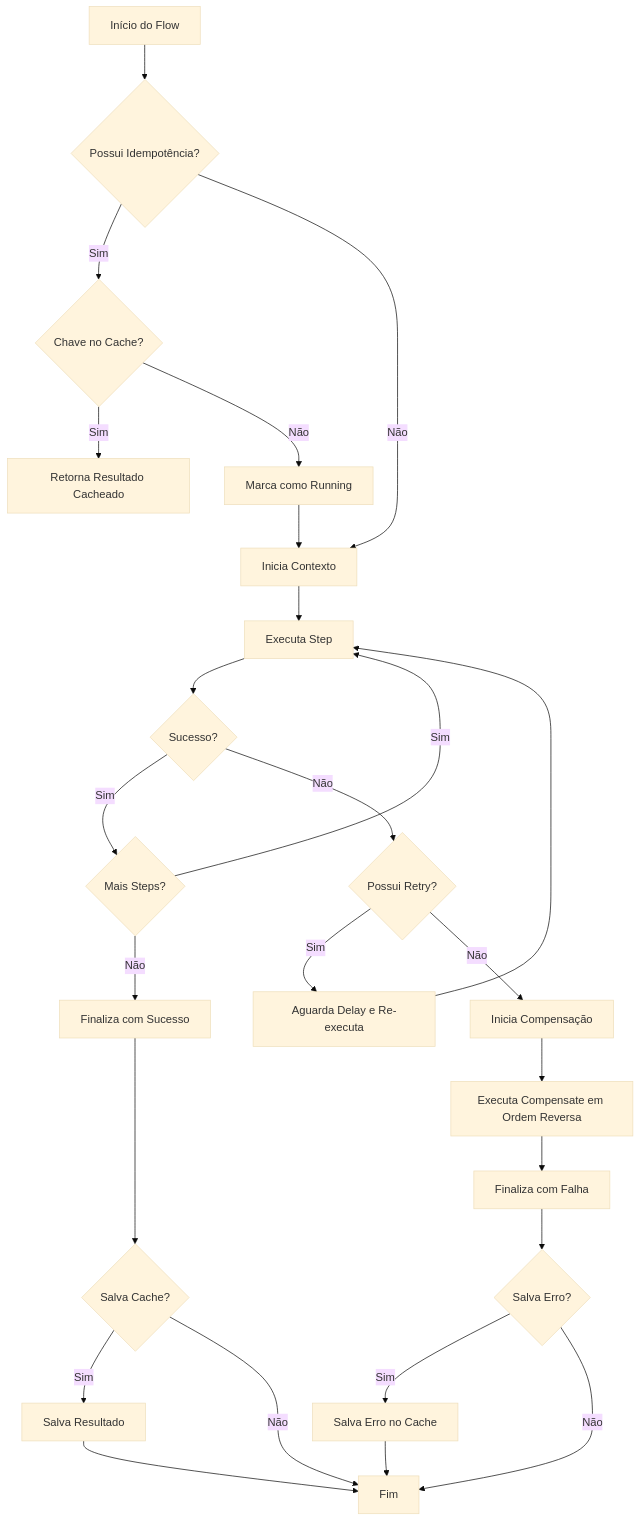
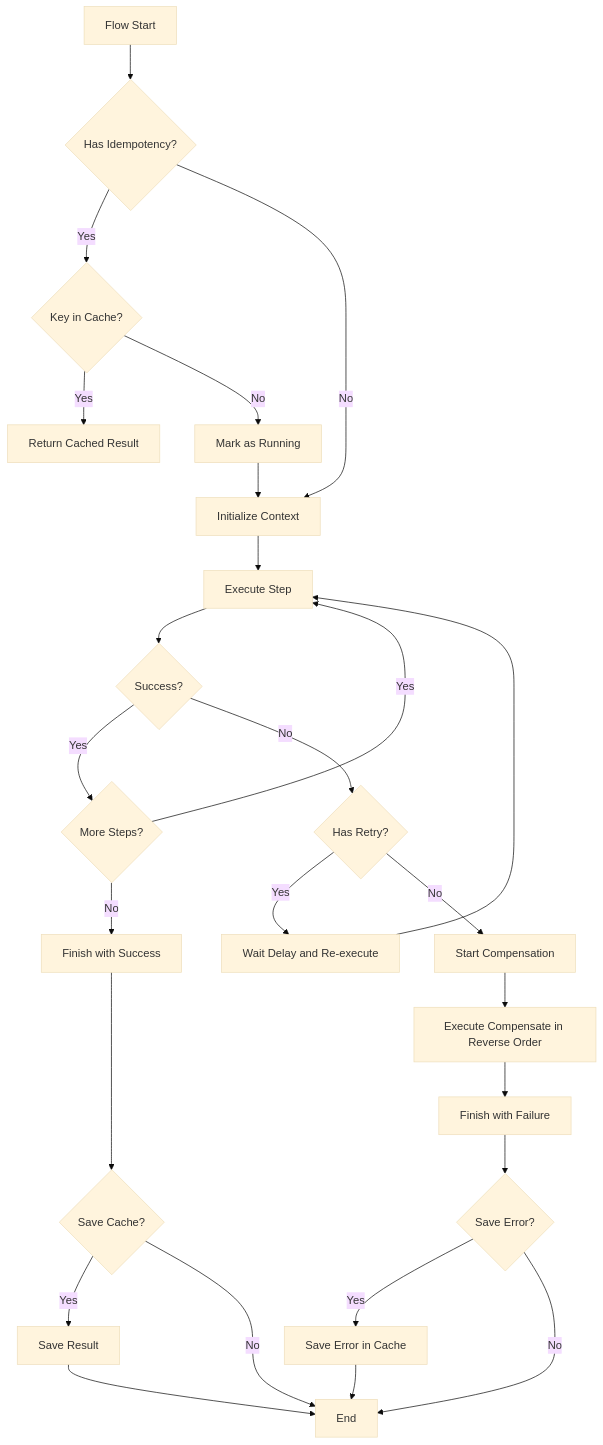
Before and after one commit to e2cabral/orchestrix: the first of 2 diagrams in README.md, drawn with Mermaid (base theme). The commit also changed other lines of this file and 9 other files, not shown here.

````diff
--- a/README.md
+++ b/README.md
@@ -124,28 +124,28 @@
 ```mermaid
 graph TD
-    A[Início do Flow] --> B{Possui Idempotência?}
-    B -- Sim --> C{Chave no Cache?}
-    C -- Sim --> D[Retorna Resultado Cacheado]
-    C -- Não --> E[Marca como Running]
-    B -- Não --> F[Inicia Contexto]
+    A[Flow Start] --> B{Has Idempotency?}
+    B -- Yes --> C{Key in Cache?}
+    C -- Yes --> D[Return Cached Result]
+    C -- No --> E[Mark as Running]
+    B -- No --> F[Initialize Context]
     E --> F
-    F --> G[Executa Step]
-    G --> H{Sucesso?}
-    H -- Sim --> I{Mais Steps?}
-    I -- Sim --> G
-    I -- Não --> J[Finaliza com Sucesso]
-    H -- Não --> K{Possui Retry?}
-    K -- Sim --> L[Aguarda Delay e Re-executa]
+    F --> G[Execute Step]
+    G --> H{Success?}
+    H -- Yes --> I{More Steps?}
+    I -- Yes --> G
+    I -- No --> J[Finish with Success]
+    H -- No --> K{Has Retry?}
+    K -- Yes --> L[Wait Delay and Re-execute]
     L --> G
-    K -- Não --> M[Inicia Compensação]
-    M --> N[Executa Compensate em Ordem Reversa]
-    N --> O[Finaliza com Falha]
-    J --> P{Salva Cache?}
-    P -- Sim --> Q[Salva Resultado]
-    P -- Não --> R[Fim]
+    K -- No --> M[Start Compensation]
+    M --> N[Execute Compensate in Reverse Order]
+    N --> O[Finish with Failure]
+    J --> P{Save Cache?}
+    P -- Yes --> Q[Save Result]
+    P -- No --> R[End]
     Q --> R
-    O --> S{Salva Erro?}
-    S -- Sim --> T[Salva Erro no Cache]
-    S -- Não --> R
+    O --> S{Save Error?}
+    S -- Yes --> T[Save Error in Cache]
+    S -- No --> R
     T --> R
 ```
````
